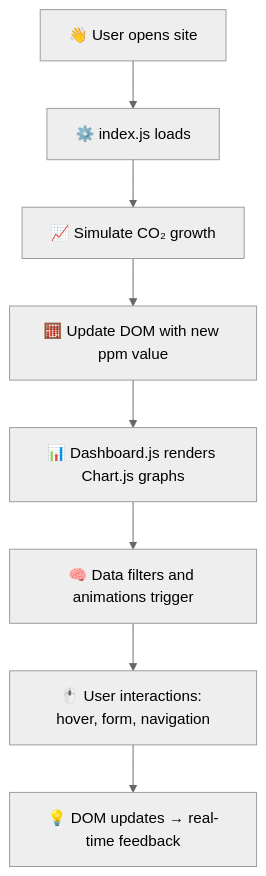
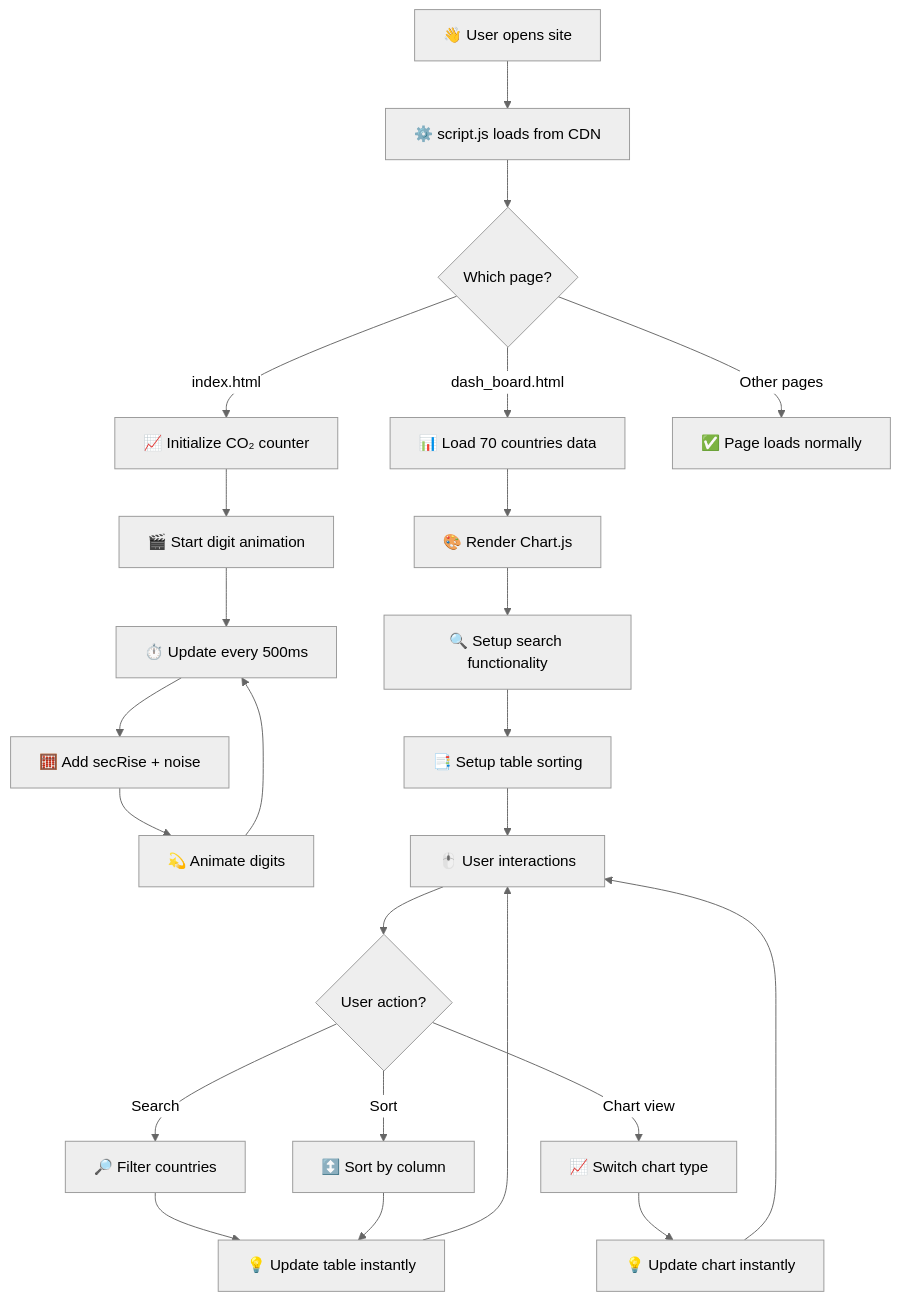
Before and after one commit to boneyphilip/duplicate-co2clock: the first of 2 diagrams in README.md, drawn with Mermaid (neutral theme). The commit also changed other lines of this file, not shown here.

````diff
--- a/README.md
+++ b/README.md
@@ -83,10 +337,26 @@
 ```mermaid
 graph TD;
-    A[👋 User opens site] --> B[⚙️ index.js loads];
-    B --> C[📈 Simulate CO₂ growth];
-    C --> D[🧮 Update DOM with new ppm value];
-    D --> E[📊 Dashboard.js renders Chart.js graphs];
-    E --> F[🧠 Data filters and animations trigger];
-    F --> G[🖱️ User interactions: hover, form, navigation];
-    G --> H[💡 DOM updates → real-time feedback];
+    A[👋 User opens site] --> B[⚙️ script.js loads from CDN];
+    B --> C{Which page?};
+    C -->|index.html| D[📈 Initialize CO₂ counter];
+    C -->|dash_board.html| E[📊 Load 70 countries data];
+    C -->|Other pages| F[✅ Page loads normally];
+    D --> G[🎬 Start digit animation];
+    G --> H[⏱️ Update every 500ms];
+    H --> I[🧮 Add secRise + noise];
+    I --> J[💫 Animate digits];
+    J --> H;
+    E --> K[🎨 Render Chart.js];
+    K --> L[🔍 Setup search functionality];
+    L --> M[📑 Setup table sorting];
+    M --> N[🖱️ User interactions];
+    N --> O{User action?};
+    O -->|Search| P[🔎 Filter countries];
+    O -->|Sort| Q[↕️ Sort by column];
+    O -->|Chart view| R[📈 Switch chart type];
+    P --> S[💡 Update table instantly];
+    Q --> S;
+    R --> T[💡 Update chart instantly];
+    S --> N;
+    T --> N;
 ```
````
